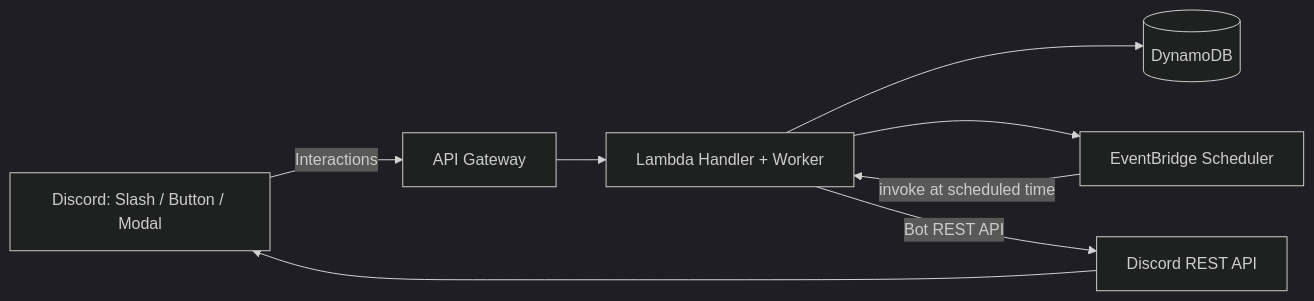
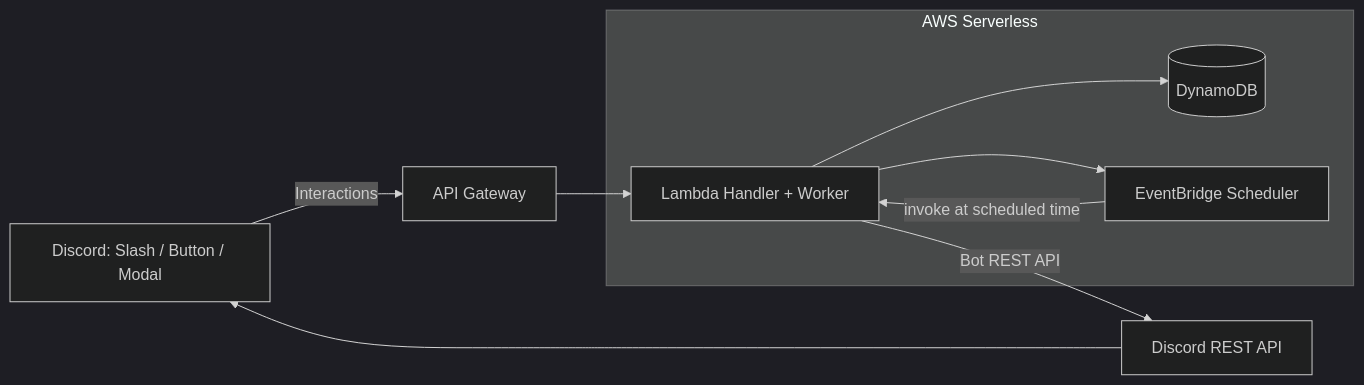
Before and after one commit to shishigam/discord_bot: the diagram in README.md, drawn with Mermaid (dark theme).

Commit message:
Refactor flowchart to group AWS components
Reorganized the flowchart to include a subgraph for AWS components.

````diff
--- a/README.md
+++ b/README.md
@@ -14,12 +14,18 @@
 ```mermaid
 flowchart LR
   Discord["Discord: Slash / Button / Modal"] -->|Interactions| APIGW["API Gateway"]
-  APIGW --> Lambda["Lambda Handler + Worker"]
 
-  Lambda --> DDB[(DynamoDB)]
-  Lambda --> Scheduler["EventBridge Scheduler"]
+  subgraph AWS["AWS Serverless"]
+    Lambda["Lambda Handler + Worker"]
+    DDB[(DynamoDB)]
+    Scheduler["EventBridge Scheduler"]
+  end
 
+  APIGW --> Lambda
+  Lambda --> DDB
+  Lambda --> Scheduler
   Scheduler -->|invoke at scheduled time| Lambda
+
   Lambda -->|Bot REST API| DiscordAPI["Discord REST API"]
   DiscordAPI --> Discord
 ```
````
